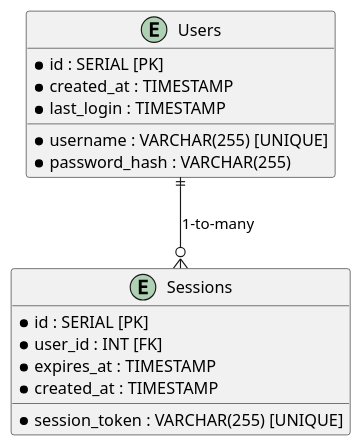
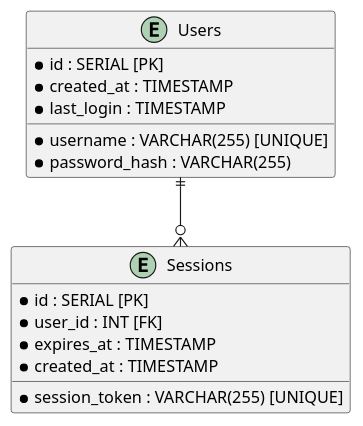
Before and after one commit to fanglores/Advanced-Software-Design: the diagram in PracticeTasks/Module2/Task_11/Authenticator_DB.puml, drawn with PlantUML. The commit also changed 5 other files, not shown here.

```diff
--- a/PracticeTasks/Module2/Task_11/Authenticator_DB.puml
+++ b/PracticeTasks/Module2/Task_11/Authenticator_DB.puml
@@ -1,19 +1,19 @@
 @startuml
 entity "Users" {
     * id : SERIAL [PK]
     * username : VARCHAR(255) [UNIQUE]
     * password_hash : VARCHAR(255)
     * created_at : TIMESTAMP
     * last_login : TIMESTAMP
 }
 
 entity "Sessions" {
     * id : SERIAL [PK]
     * user_id : INT [FK]
     * session_token : VARCHAR(255) [UNIQUE]
     * expires_at : TIMESTAMP
     * created_at : TIMESTAMP
 }
 
-Users ||--o{ Sessions : "1-to-many"
+Users ||--o{ Sessions
 @enduml
```
